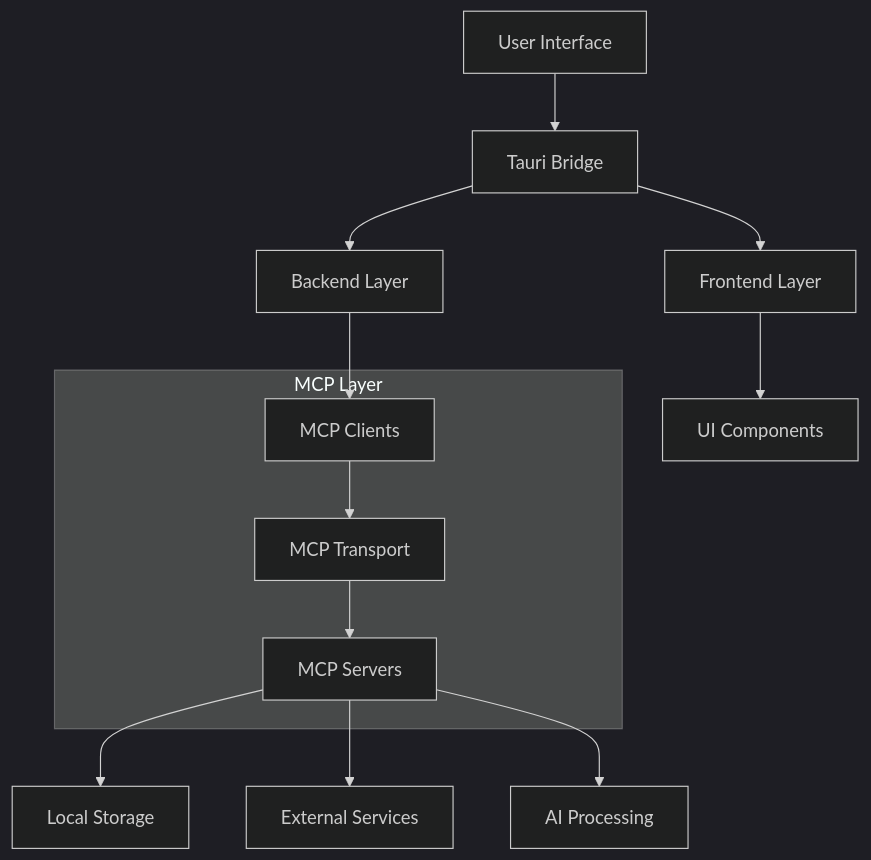
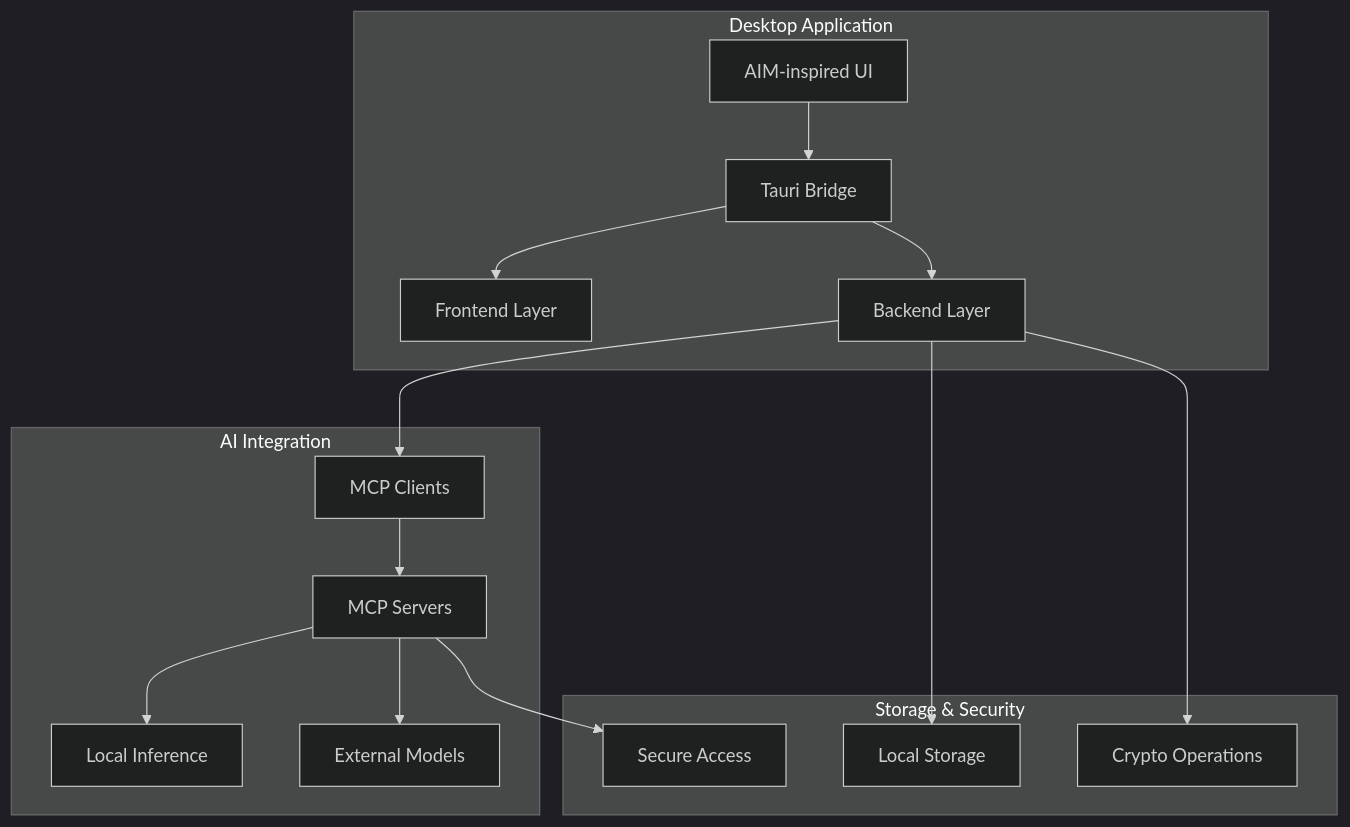
The diagram in docs/planning/SDD.md (quick-bots/tauri), drawn with Mermaid (dark theme) before and after one commit. The commit also changed other lines of this file and 4 other files, not shown here.

````diff
--- a/docs/planning/SDD.md
+++ b/docs/planning/SDD.md
@@ -38,21 +46,30 @@
-```mermaid
+``` mermaid
 graph TD
-    A[User Interface] --> B[Tauri Bridge]
-    B --> C[Frontend Layer]
-    B --> D[Backend Layer]
+    subgraph "Desktop Application"
+        UI[AIM-inspired UI] --> TB[Tauri Bridge]
+        TB --> FL[Frontend Layer]
+        TB --> BL[Backend Layer]
+    end
     
-    subgraph "MCP Layer"
+    subgraph "AI Integration"
         MC[MCP Clients]
         MS[MCP Servers]
-        MT[MCP Transport]
+        LI[Local Inference]
+        EM[External Models]
     end
     
-    D --> MC
-    MC --> MT
-    MT --> MS
+    BL --> MC
+    MC --> MS
+    MS --> LI
+    MS --> EM
     
-    MS --> E[Local Storage]
-    MS --> F[External Services]
-    MS --> H[AI Processing]
-    C --> G[UI Components]
+    subgraph "Storage & Security"
+        LS[Local Storage]
+        CR[Crypto Operations]
+        SA[Secure Access]
+    end
+    
+    BL --> LS
+    BL --> CR
+    MS --> SA
 ```
````
